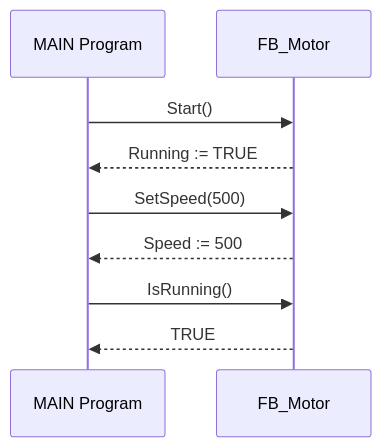
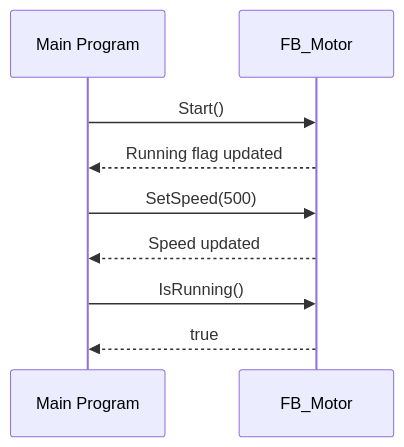
One commit to buribalkan/PLC changed the third of 7 diagrams in 61131-3/Method.md. Above: the diagram before and after it, drawn with Mermaid. The commit also changed other lines of this file, not shown here.

Commit message:
Update METHOD documentation and diagrams

````diff
--- a/61131-3/Method.md
+++ b/61131-3/Method.md
@@ -261,14 +261,14 @@
 ```mermaid
 sequenceDiagram
-    participant MAIN as MAIN Program
+    participant MAIN as Main Program
     participant MOTOR as FB_Motor
 
     MAIN->>MOTOR: Start()
-    MOTOR-->>MAIN: Running := TRUE
+    MOTOR-->>MAIN: Running flag updated
 
     MAIN->>MOTOR: SetSpeed(500)
-    MOTOR-->>MAIN: Speed := 500
+    MOTOR-->>MAIN: Speed updated
 
     MAIN->>MOTOR: IsRunning()
-    MOTOR-->>MAIN: TRUE
+    MOTOR-->>MAIN: true
 ```
````
